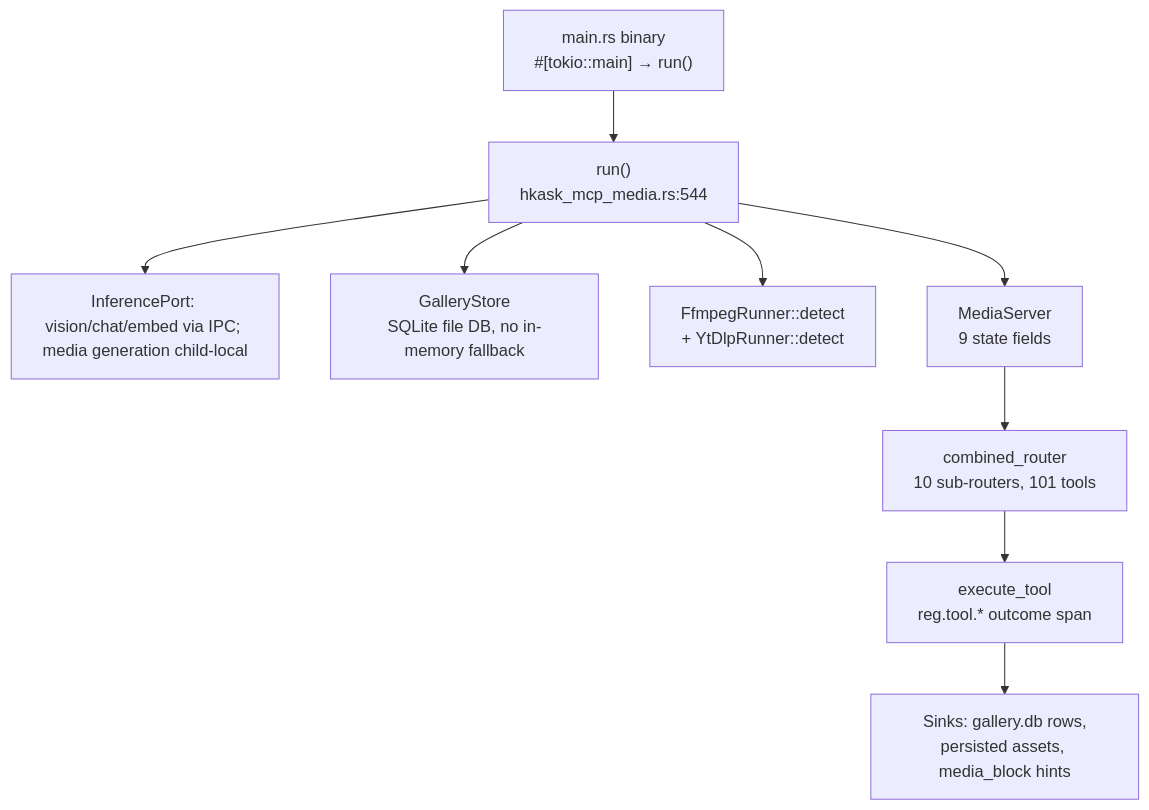
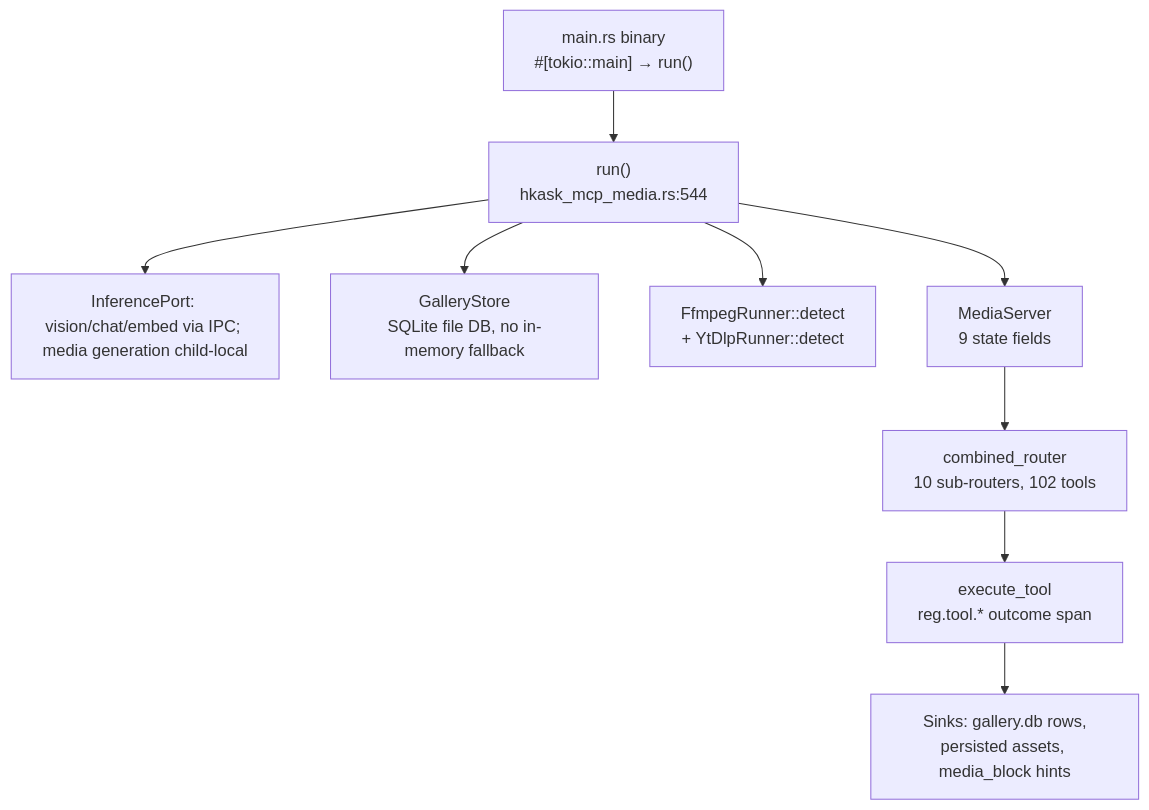
The diagram in kask/docs/reference/mcp-servers/media.md (mdz-axo/zed-kask), drawn with Mermaid before and after one commit. The commit also changed other lines of this file and 9 other files, not shown here.

````diff
--- a/kask/docs/reference/mcp-servers/media.md
+++ b/kask/docs/reference/mcp-servers/media.md
@@ -23,21 +23,21 @@
 ```mermaid
 flowchart TD
     binary["main.rs binary<br/>#[tokio::main] → run()"]
     run["run()<br/>hkask_mcp_media.rs:544"]
     port["InferencePort: vision/chat/embed via IPC; media generation child-local"]
     db["GalleryStore<br/>SQLite file DB, no in-memory fallback"]
     ffmpeg["FfmpegRunner::detect<br/>+ YtDlpRunner::detect"]
     server["MediaServer<br/>9 state fields"]
-    router["combined_router<br/>10 sub-routers, 101 tools"]
+    router["combined_router<br/>10 sub-routers, 102 tools"]
     dispatch["execute_tool<br/>reg.tool.* outcome span"]
     sinks["Sinks: gallery.db rows,<br/>persisted assets, media_block hints"]
 
     binary --> run
     run --> port
     run --> db
     run --> ffmpeg
     run --> server
     server --> router
     router --> dispatch
     dispatch --> sinks
 ```
````
